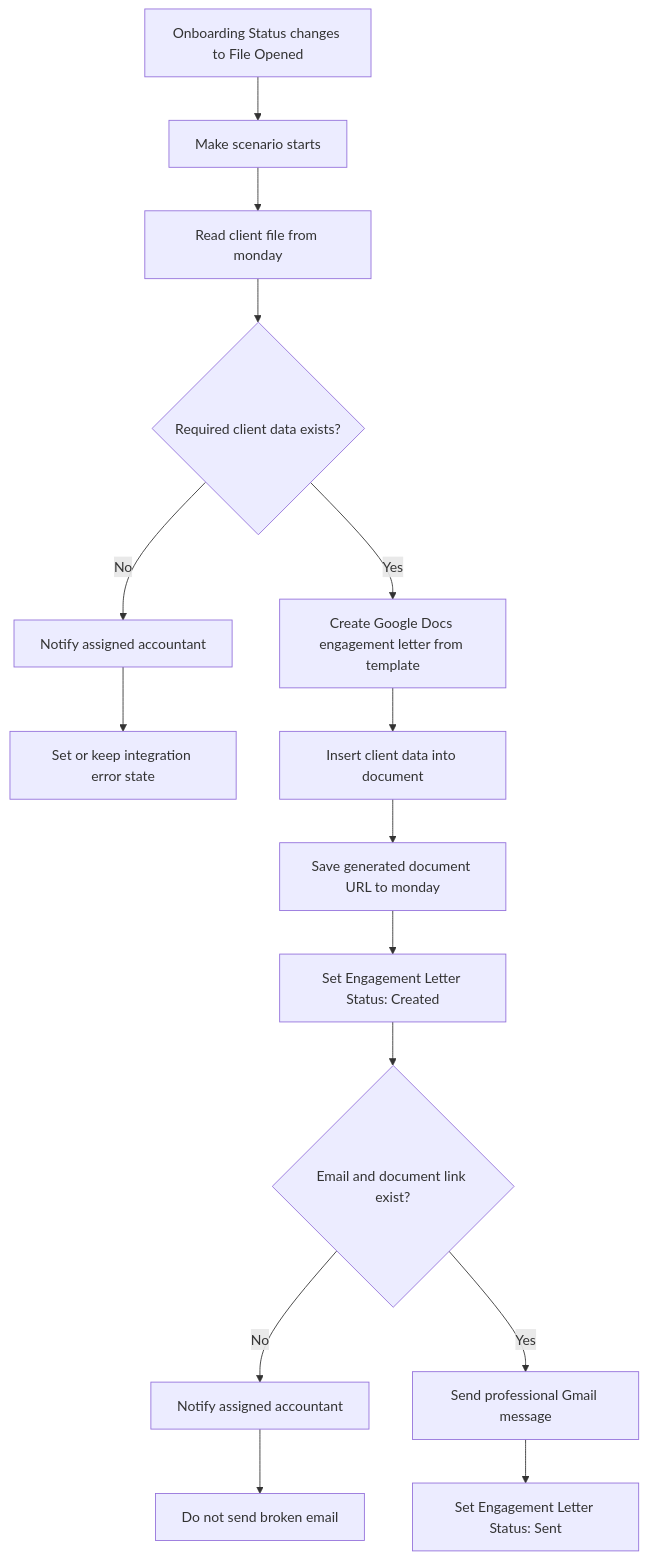
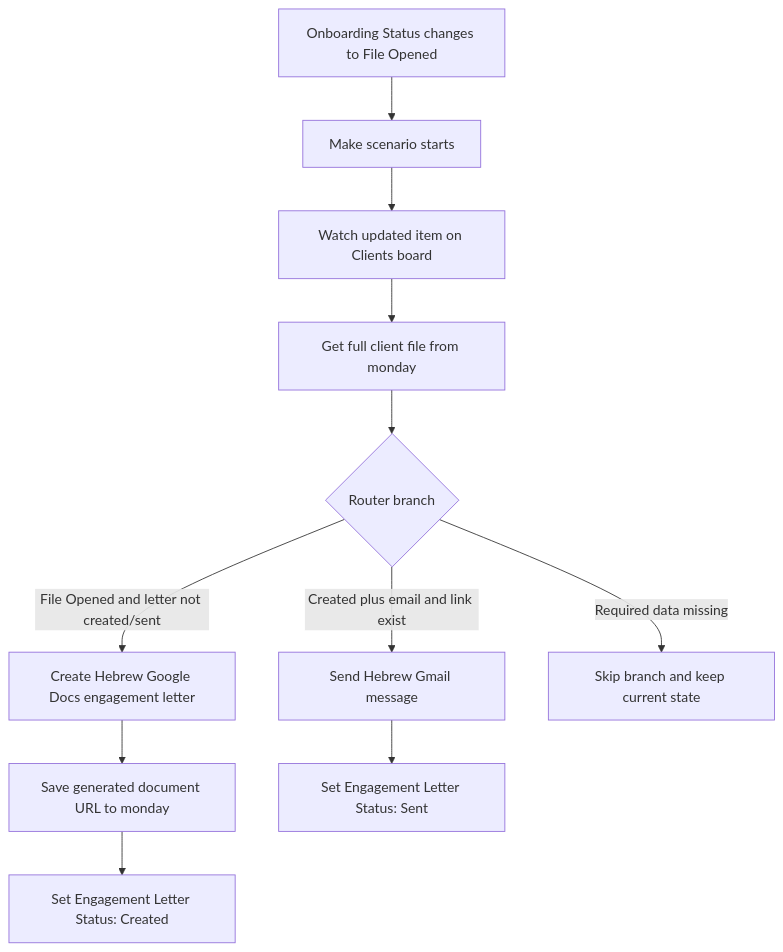
One commit to AlekseiTovkachev/bringup-assignment changed the second of 4 diagrams in docs/flowcharts.md. Above: the diagram before and after it, drawn with Mermaid. The commit also changed 43 other files, not shown here.

````diff
--- a/docs/flowcharts.md
+++ b/docs/flowcharts.md
@@ -32,17 +32,13 @@
 ```mermaid
 flowchart TD
   A["Onboarding Status changes to File Opened"] --> B["Make scenario starts"]
-  B --> C["Read client file from monday"]
-  C --> D{"Required client data exists?"}
-  D -->|No| E["Notify assigned accountant"]
-  E --> F["Set or keep integration error state"]
-  D -->|Yes| G["Create Google Docs engagement letter from template"]
-  G --> H["Insert client data into document"]
-  H --> I["Save generated document URL to monday"]
-  I --> J["Set Engagement Letter Status: Created"]
-  J --> K{"Email and document link exist?"}
-  K -->|No| L["Notify assigned accountant"]
-  L --> M["Do not send broken email"]
-  K -->|Yes| N["Send professional Gmail message"]
-  N --> O["Set Engagement Letter Status: Sent"]
+  B --> C["Watch updated item on Clients board"]
+  C --> D["Get full client file from monday"]
+  D --> E{"Router branch"}
+  E -->|File Opened and letter not created/sent| F["Create Hebrew Google Docs engagement letter"]
+  F --> G["Save generated document URL to monday"]
+  G --> H["Set Engagement Letter Status: Created"]
+  E -->|Created plus email and link exist| I["Send Hebrew Gmail message"]
+  I --> J["Set Engagement Letter Status: Sent"]
+  E -->|Required data missing| K["Skip branch and keep current state"]
 ```
````
